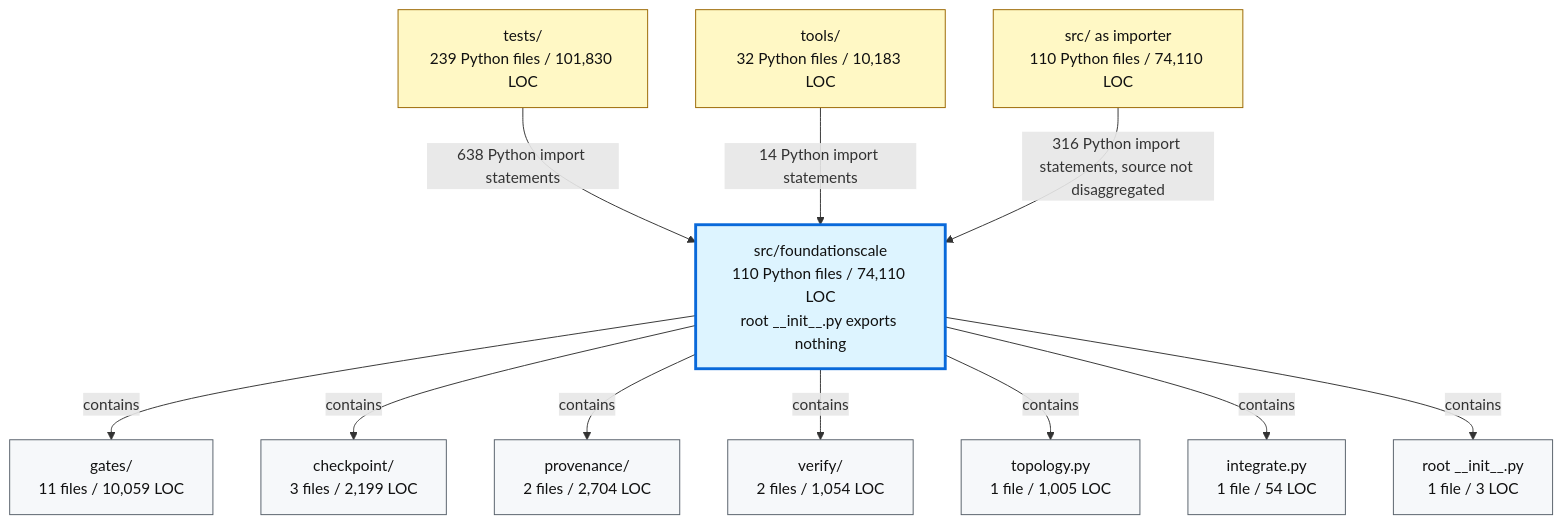
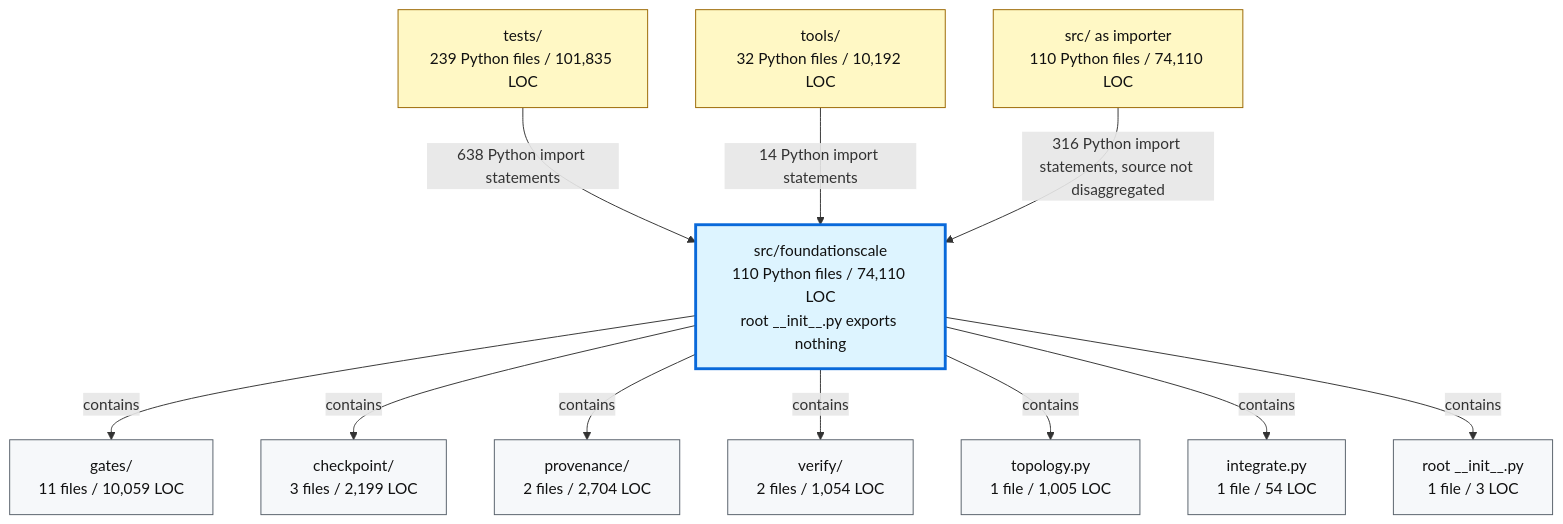
Before and after one commit to TranNhiem/FoundationScale: the second of 2 diagrams in docs/review/D2_current_architecture.md, drawn with Mermaid. The commit also changed other lines of this file and 12 other files, not shown here.

````diff
--- a/docs/review/D2_current_architecture.md
+++ b/docs/review/D2_current_architecture.md
@@ -97,36 +97,36 @@
 ```mermaid
 flowchart TB
-  TESTS["tests/<br/>239 Python files / 101,830 LOC"]
-  TOOLS["tools/<br/>32 Python files / 10,183 LOC"]
+  TESTS["tests/<br/>239 Python files / 101,835 LOC"]
+  TOOLS["tools/<br/>32 Python files / 10,192 LOC"]
   SRC["src/ as importer<br/>110 Python files / 74,110 LOC"]
 
   FS["src/foundationscale<br/>110 Python files / 74,110 LOC<br/>root __init__.py exports nothing"]
 
   GATES["gates/<br/>11 files / 10,059 LOC"]
   CKPT["checkpoint/<br/>3 files / 2,199 LOC"]
   PROV["provenance/<br/>2 files / 2,704 LOC"]
   VERIFY["verify/<br/>2 files / 1,054 LOC"]
   TOPO["topology.py<br/>1 file / 1,005 LOC"]
   INTEG["integrate.py<br/>1 file / 54 LOC"]
   ROOT["root __init__.py<br/>1 file / 3 LOC"]
 
   TESTS -->|"638 Python import statements"| FS
   TOOLS -->|"14 Python import statements"| FS
   SRC -->|"316 Python import statements, source not disaggregated"| FS
 
   FS -->|"contains"| GATES
   FS -->|"contains"| CKPT
   FS -->|"contains"| PROV
   FS -->|"contains"| VERIFY
   FS -->|"contains"| TOPO
   FS -->|"contains"| INTEG
   FS -->|"contains"| ROOT
 
   classDef consumer fill:#fff8c5,stroke:#9a6700,color:#111;
   classDef package fill:#ddf4ff,stroke:#0969da,stroke-width:3px,color:#111;
   classDef module fill:#f6f8fa,stroke:#57606a,color:#111;
 
   class TESTS,TOOLS,SRC consumer;
   class FS package;
   class GATES,CKPT,PROV,VERIFY,TOPO,INTEG,ROOT module;
 ```
````
